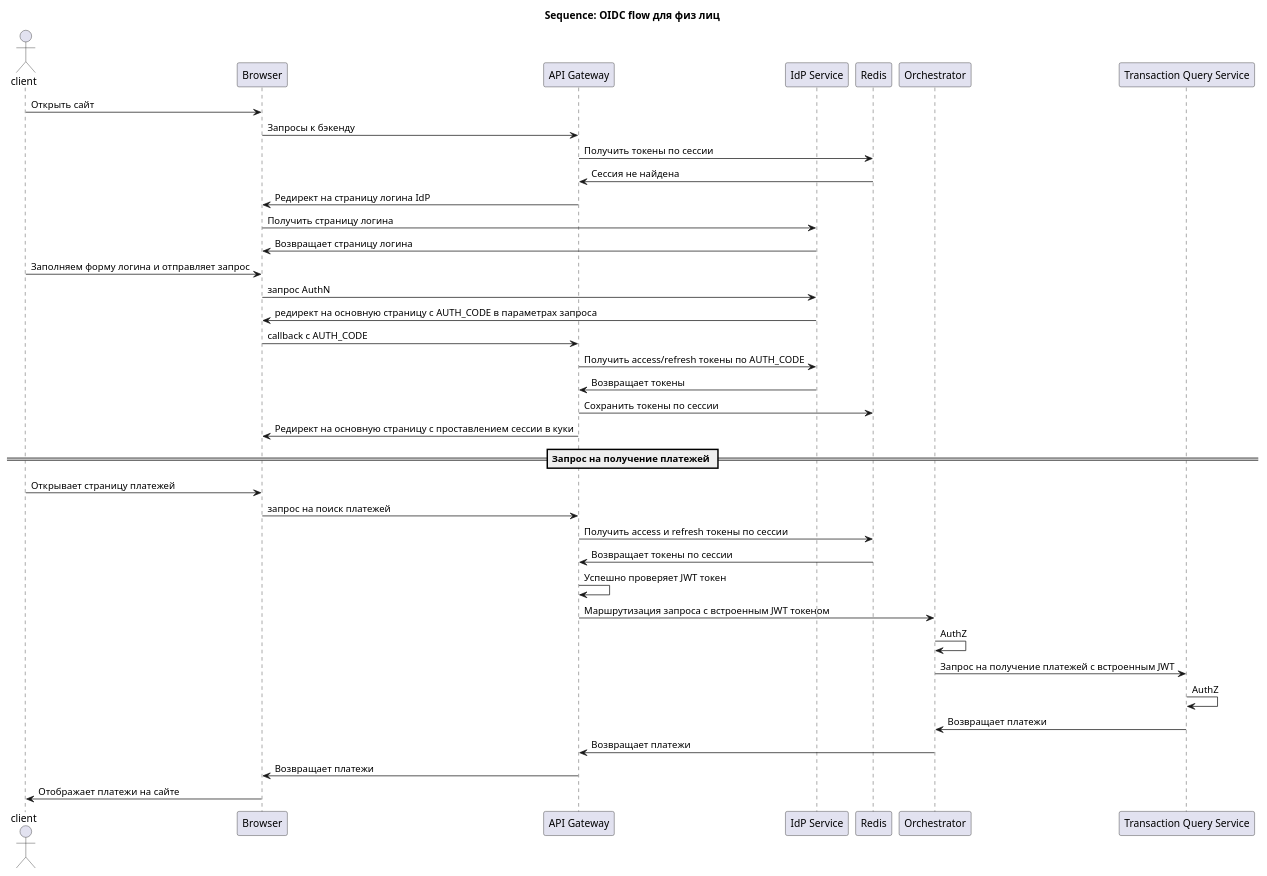
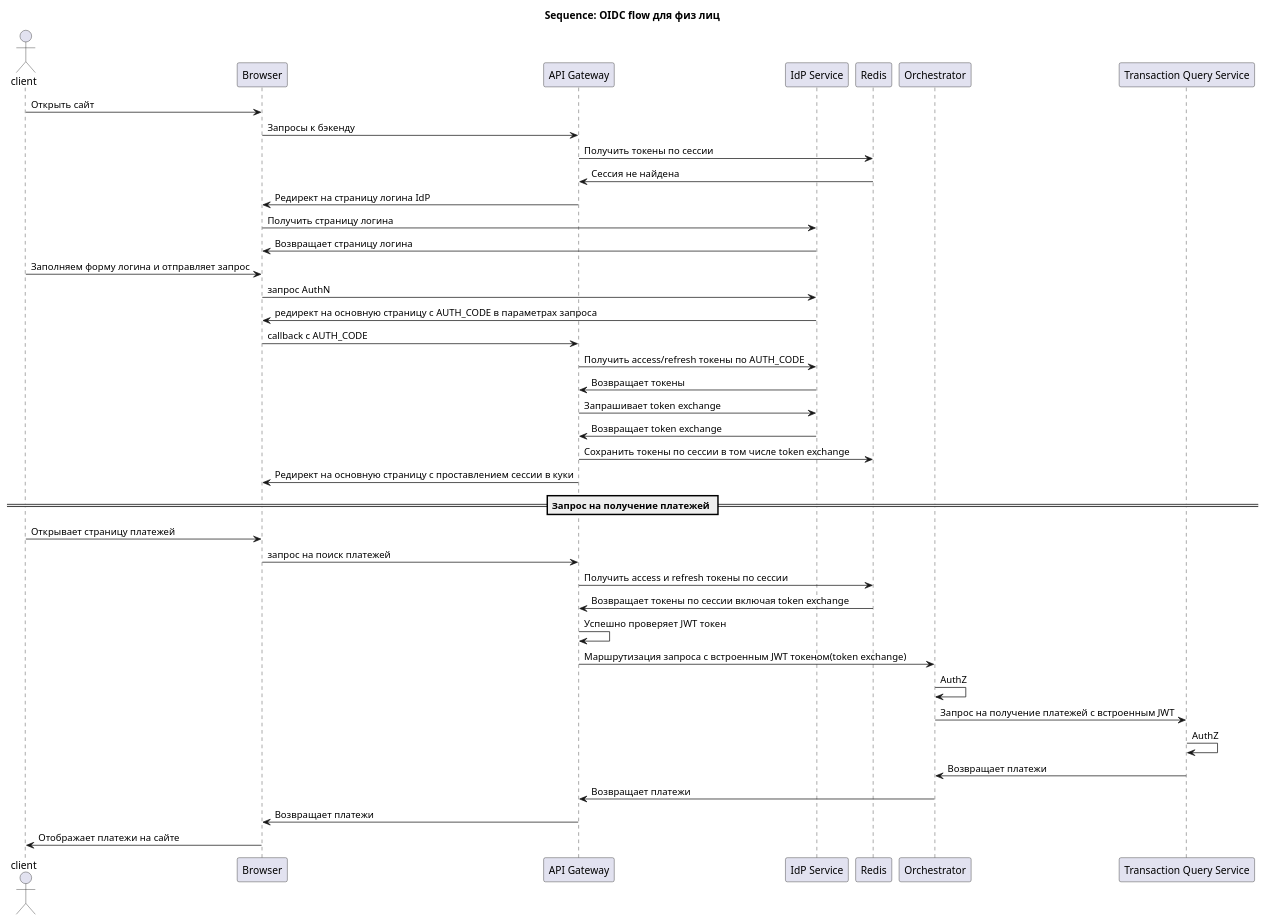
Before and after one commit to NerouN1919/SDIA: the diagram in payment/auth/sequence/OIDC_user.puml, drawn with PlantUML. The commit also changed 17 other files, not shown here.

```diff
--- a/payment/auth/sequence/OIDC_user.puml
+++ b/payment/auth/sequence/OIDC_user.puml
@@ -1,45 +1,47 @@
 @startuml
 title Sequence: OIDC flow для физ лиц
 
 actor client
 participant "Browser" as front
 participant "API Gateway" as api_gateway
 participant "IdP Service" as idp_service
 
 participant "Redis" as cache
 participant "Orchestrator" as orchestrator
 participant "Transaction Query Service" as transaction_query_service
 
 client -> front: Открыть сайт
 front -> api_gateway: Запросы к бэкенду
 api_gateway -> cache: Получить токены по сессии
 cache -> api_gateway: Сессия не найдена
 api_gateway -> front: Редирект на страницу логина IdP
 front -> idp_service: Получить страницу логина
 idp_service -> front: Возвращает страницу логина
 client -> front: Заполняем форму логина и отправляет запрос
 front -> idp_service: запрос AuthN
 idp_service -> front: редирект на основную страницу с AUTH_CODE в параметрах запроса
 front -> api_gateway: callback с AUTH_CODE
 api_gateway -> idp_service: Получить access/refresh токены по AUTH_CODE
 idp_service -> api_gateway: Возвращает токены
-api_gateway -> cache: Сохранить токены по сессии
+api_gateway -> idp_service: Запрашивает token exchange
+idp_service -> api_gateway: Возвращает token exchange
+api_gateway -> cache: Сохранить токены по сессии в том числе token exchange
 api_gateway -> front: Редирект на основную страницу с проставлением сессии в куки
  
 
 == Запрос на получение платежей ==
 client -> front: Открывает страницу платежей
 front -> api_gateway: запрос на поиск платежей
 api_gateway -> cache: Получить access и refresh токены по сессии
-cache -> api_gateway: Возвращает токены по сессии
+cache -> api_gateway: Возвращает токены по сессии включая token exchange
 api_gateway -> api_gateway: Успешно проверяет JWT токен
-api_gateway -> orchestrator: Маршрутизация запроса с встроенным JWT токеном
+api_gateway -> orchestrator: Маршрутизация запроса с встроенным JWT токеном(token exchange)
 orchestrator -> orchestrator: AuthZ
 orchestrator -> transaction_query_service: Запрос на получение платежей с встроенным JWT
 transaction_query_service -> transaction_query_service: AuthZ
 transaction_query_service -> orchestrator: Возвращает платежи
 orchestrator -> api_gateway: Возвращает платежи
 api_gateway -> front: Возвращает платежи
 front -> client: Отображает платежи на сайте
 
 @enduml
```
